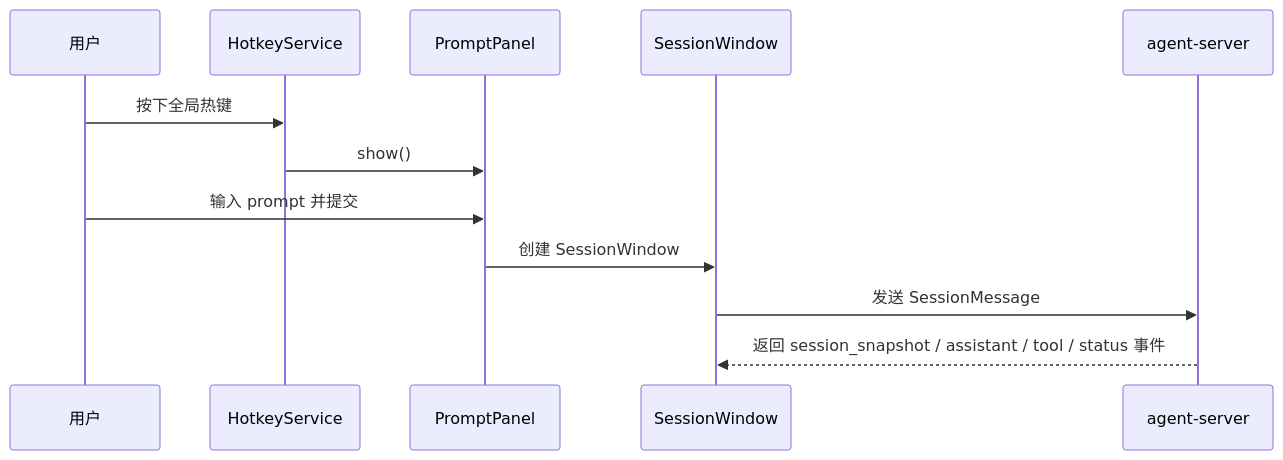
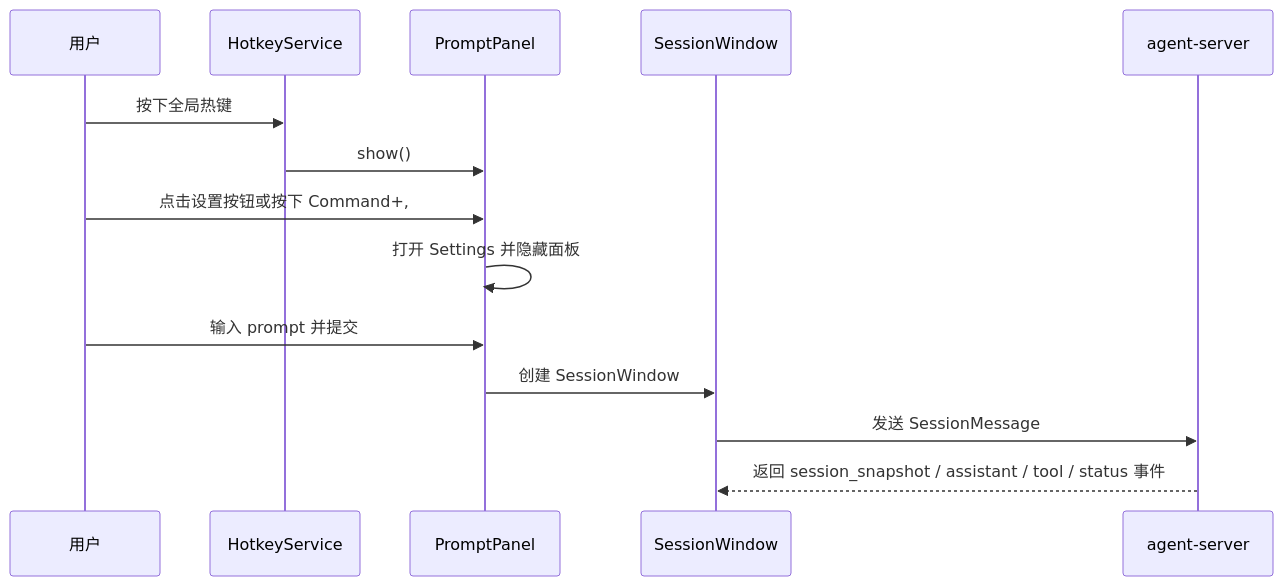
The diagram in apps/desktop/desktop.md (Lixuhang987/SpotAgent), drawn with Mermaid before and after one commit. The commit also changed other lines of this file and 16 other files, not shown here.

````diff
--- a/apps/desktop/desktop.md
+++ b/apps/desktop/desktop.md
@@ -43,15 +48,17 @@
 ```mermaid
 sequenceDiagram
   participant User as 用户
   participant Hotkey as HotkeyService
   participant Panel as PromptPanel
   participant Window as SessionWindow
   participant Server as agent-server
 
   User->>Hotkey: 按下全局热键
   Hotkey->>Panel: show()
+  User->>Panel: 点击设置按钮或按下 Command+,
+  Panel->>Panel: 打开 Settings 并隐藏面板
   User->>Panel: 输入 prompt 并提交
   Panel->>Window: 创建 SessionWindow
   Window->>Server: 发送 SessionMessage
   Server-->>Window: 返回 session_snapshot / assistant / tool / status 事件
 ```
````
